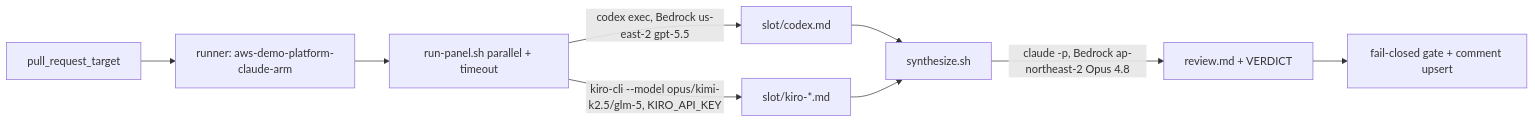
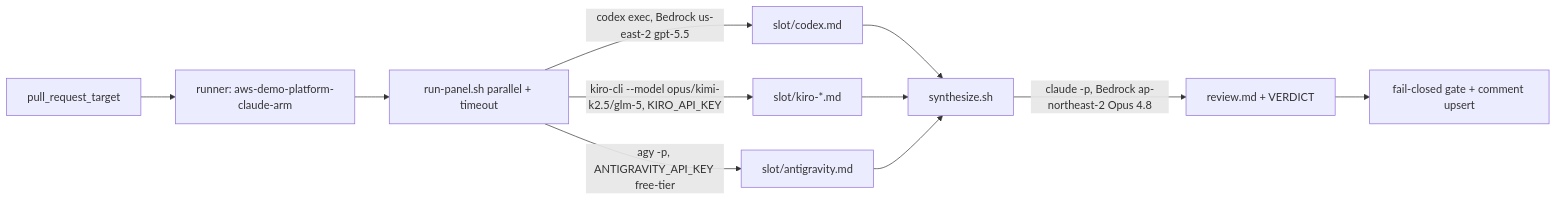
Before and after one commit to Atom-oh/AWS-Demo-Platform: the diagram in docs/decisions/ADR-007-multi-ai-pr-review-panel.md, drawn with Mermaid. The commit also changed other lines of this file and 12 other files, not shown here.

First line of the commit message:
feat(pr-review): add Antigravity panelist + use existing actions/AI-key secret

````diff
--- a/docs/decisions/ADR-007-multi-ai-pr-review-panel.md
+++ b/docs/decisions/ADR-007-multi-ai-pr-review-panel.md
@@ -25,11 +25,13 @@
 ```mermaid
 flowchart LR
   PR[pull_request_target] --> RUN[runner: aws-demo-platform-claude-arm]
   RUN --> P[run-panel.sh parallel + timeout]
   P -->|codex exec, Bedrock us-east-2 gpt-5.5| C[slot/codex.md]
   P -->|kiro-cli --model opus/kimi-k2.5/glm-5, KIRO_API_KEY| K[slot/kiro-*.md]
+  P -->|agy -p, ANTIGRAVITY_API_KEY free-tier| A[slot/antigravity.md]
   C --> S[synthesize.sh]
   K --> S
+  A --> S
   S -->|claude -p, Bedrock ap-northeast-2 Opus 4.8| R[review.md + VERDICT]
   R --> G[fail-closed gate + comment upsert]
 ```
````
